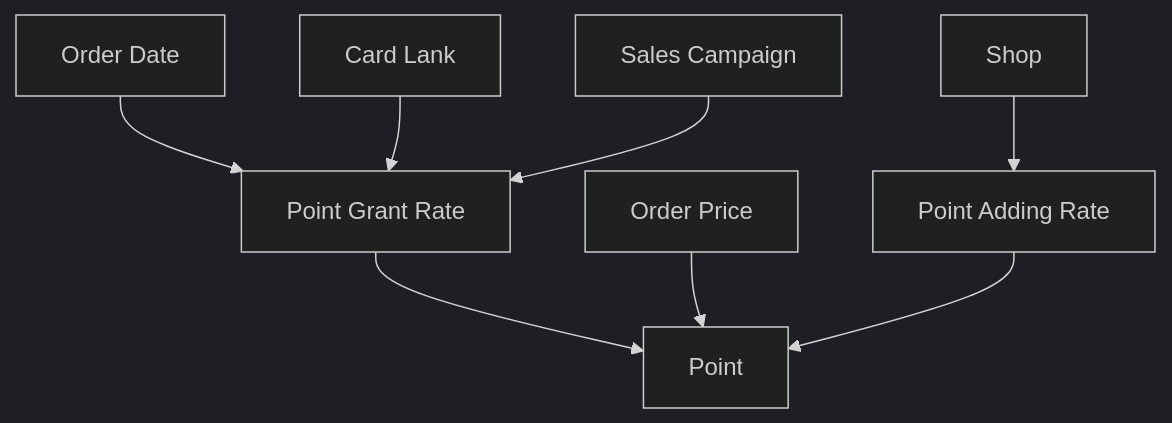
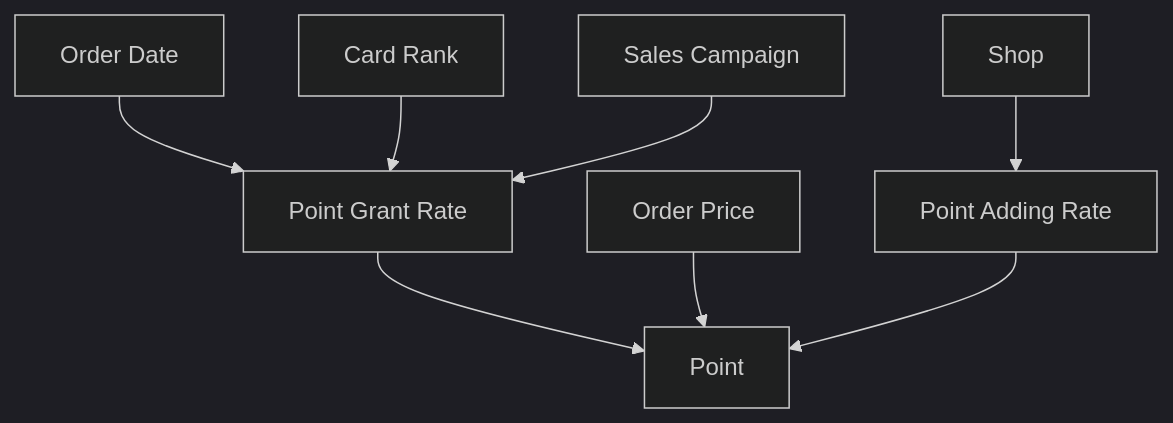
One commit to Hami1ton/rulebased-slim-mv changed the diagram in docs/DecisionModel.md. Above: the diagram before and after it, drawn with Mermaid (dark theme).

````diff
--- a/docs/DecisionModel.md
+++ b/docs/DecisionModel.md
@@ -2,11 +2,11 @@
 ```mermaid
 flowchart
     2_[Point Grant Rate] --> 1_[Point]
     4_[Order Price] --> 1_
     5_[Order Date] --> 2_
-    6_[Card Lank] --> 2_
+    6_[Card Rank] --> 2_
     7_[Sales Campaign] --> 2_
     3_[Shop] --> 8_
     8_[Point Adding Rate] --> 1_
 
 ```
````
